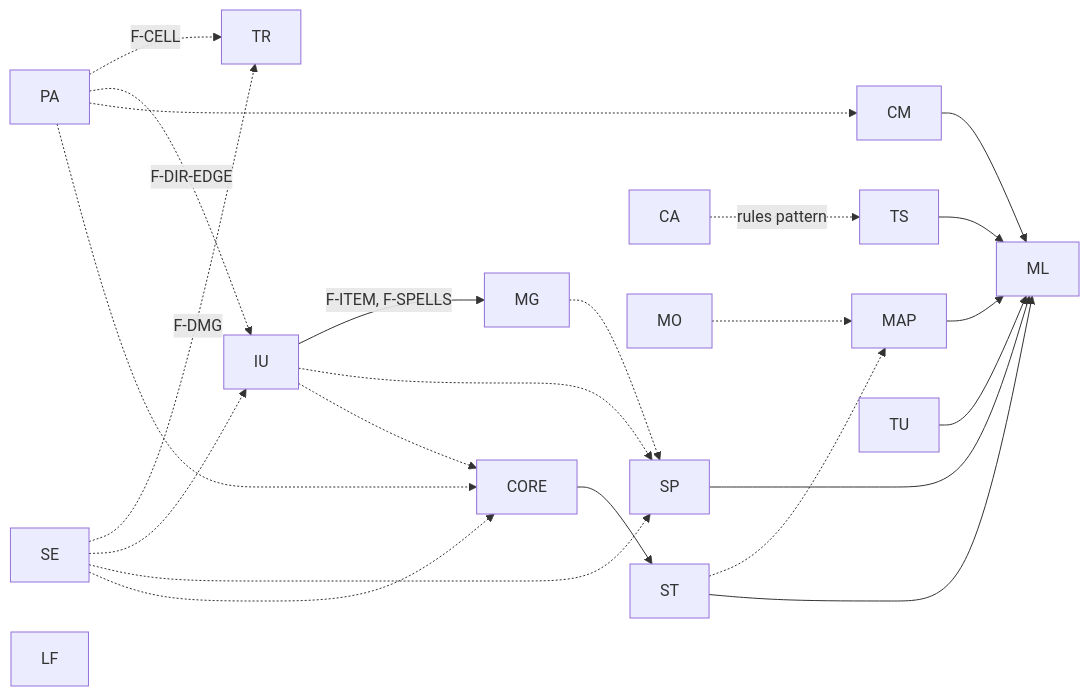
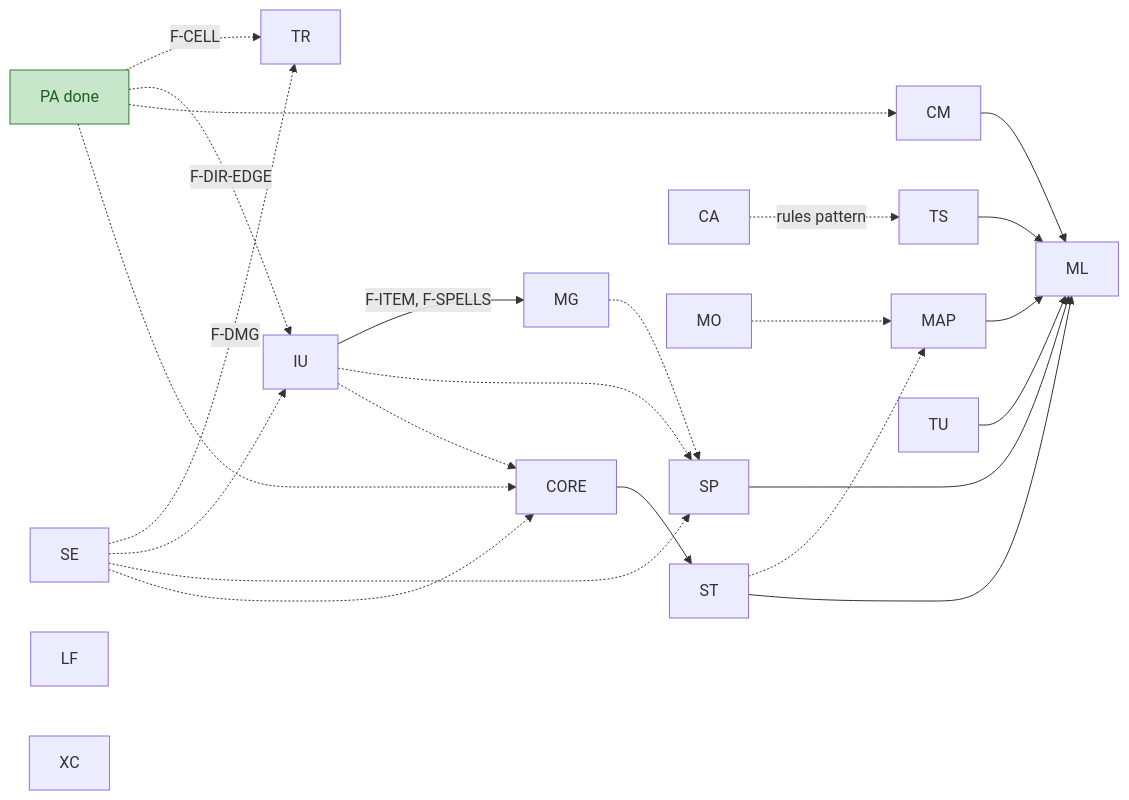
Before and after one commit to lollek/omoria: the diagram in docs/migration/backlog.md, drawn with Mermaid. The commit also changed other lines of this file and 2 other files, not shown here.

````diff
--- a/docs/migration/backlog.md
+++ b/docs/migration/backlog.md
@@ -208,26 +211,29 @@
 ```mermaid
 graph LR
-  PA -.->|F-CELL| TR
+  PA[PA done] -.->|F-CELL| TR
   SE -.->|F-DMG| TR
   PA -.->|F-DIR-EDGE| IU
   SE -.-> IU
   IU -->|F-ITEM, F-SPELLS| MG
   MG -.-> SP
   IU -.-> SP
   SE -.-> SP
   CA -.->|rules pattern| TS
   MO -.-> MAP
   ST -.-> MAP
   PA -.-> CM
   IU -.-> CORE
   PA -.-> CORE
   SE -.-> CORE
   CORE --> ST
   TU --> ML
   SP --> ML
   CM --> ML
   MAP --> ML
   ST --> ML
   TS --> ML
   LF
+  XC
+  classDef done fill:#c8e6c9,stroke:#2e7d32,color:#1b5e20
+  class PA done
 ```
````
